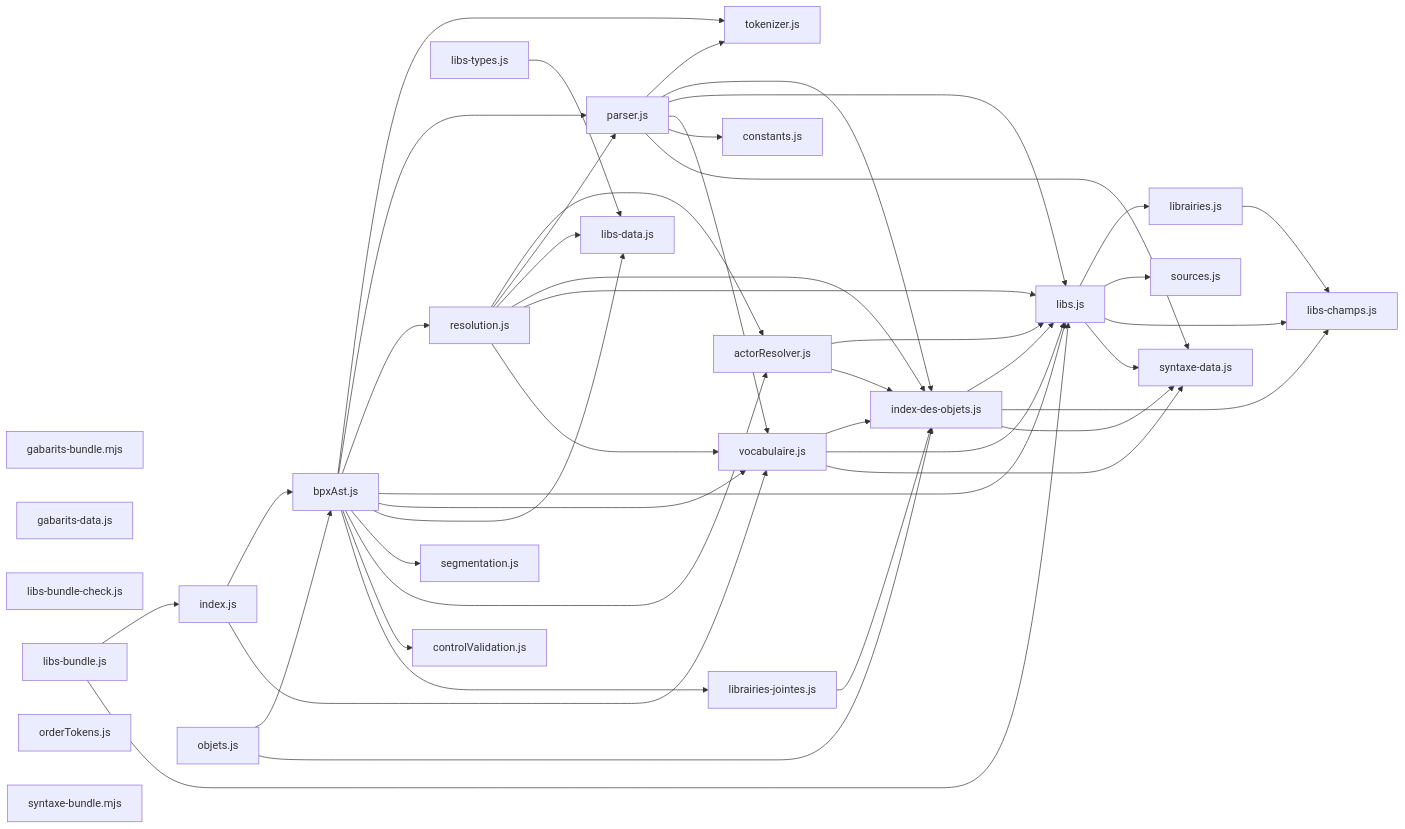
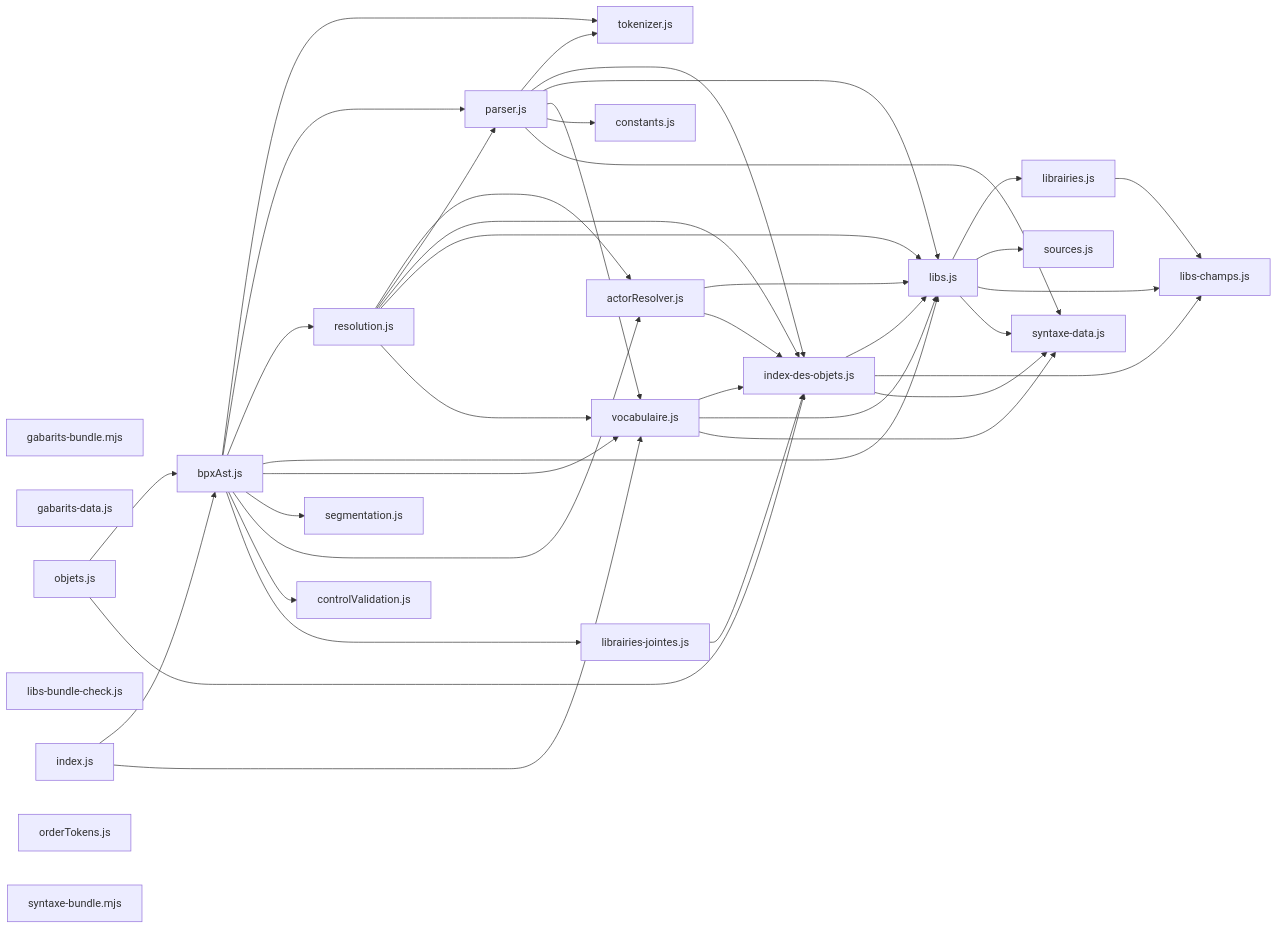
Before and after one commit to roomi-fields/BPscript: the diagram in docs/arch/carte-reel.md, drawn with Mermaid. The commit also changed other lines of this file, not shown here.

First line of the commit message:
chore(carte): la carte du réel suit le retrait de `libs-data`

````diff
--- a/docs/arch/carte-reel.md
+++ b/docs/arch/carte-reel.md
@@ -45,72 +42,64 @@
 ```mermaid
 flowchart LR
   actorResolver_js["actorResolver.js"]
   bpxAst_js["bpxAst.js"]
   constants_js["constants.js"]
   controlValidation_js["controlValidation.js"]
   gabarits_bundle_mjs["gabarits-bundle.mjs"]
   gabarits_data_js["gabarits-data.js"]
   index_des_objets_js["index-des-objets.js"]
   index_js["index.js"]
   librairies_jointes_js["librairies-jointes.js"]
   librairies_js["librairies.js"]
   libs_bundle_check_js["libs-bundle-check.js"]
-  libs_bundle_js["libs-bundle.js"]
   libs_champs_js["libs-champs.js"]
-  libs_data_js["libs-data.js"]
-  libs_types_js["libs-types.js"]
   libs_js["libs.js"]
   objets_js["objets.js"]
   orderTokens_js["orderTokens.js"]
   parser_js["parser.js"]
   resolution_js["resolution.js"]
   segmentation_js["segmentation.js"]
   sources_js["sources.js"]
   syntaxe_bundle_mjs["syntaxe-bundle.mjs"]
   syntaxe_data_js["syntaxe-data.js"]
   tokenizer_js["tokenizer.js"]
   vocabulaire_js["vocabulaire.js"]
   actorResolver_js --> libs_js
   actorResolver_js --> index_des_objets_js
   bpxAst_js --> tokenizer_js
   bpxAst_js --> parser_js
   bpxAst_js --> resolution_js
   bpxAst_js --> libs_js
   bpxAst_js --> vocabulaire_js
-  bpxAst_js --> libs_data_js
   bpxAst_js --> segmentation_js
   bpxAst_js --> actorResolver_js
   bpxAst_js --> controlValidation_js
   bpxAst_js --> librairies_jointes_js
   index_des_objets_js --> libs_js
   index_des_objets_js --> libs_champs_js
   index_des_objets_js --> syntaxe_data_js
   index_js --> bpxAst_js
   index_js --> vocabulaire_js
   librairies_jointes_js --> index_des_objets_js
   librairies_js --> libs_champs_js
-  libs_bundle_js --> index_js
-  libs_bundle_js --> libs_js
-  libs_types_js --> libs_data_js
   libs_js --> librairies_js
   libs_js --> sources_js
   libs_js --> libs_champs_js
   libs_js --> syntaxe_data_js
   objets_js --> bpxAst_js
   objets_js --> index_des_objets_js
   parser_js --> tokenizer_js
   parser_js --> index_des_objets_js
   parser_js --> libs_js
   parser_js --> vocabulaire_js
   parser_js --> constants_js
   parser_js --> syntaxe_data_js
   resolution_js --> actorResolver_js
   resolution_js --> parser_js
-  resolution_js --> libs_data_js
   resolution_js --> index_des_objets_js
   resolution_js --> libs_js
   resolution_js --> vocabulaire_js
   vocabulaire_js --> index_des_objets_js
   vocabulaire_js --> libs_js
   vocabulaire_js --> syntaxe_data_js
 ```
````
